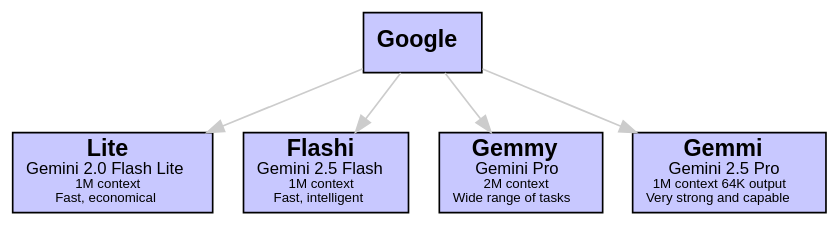
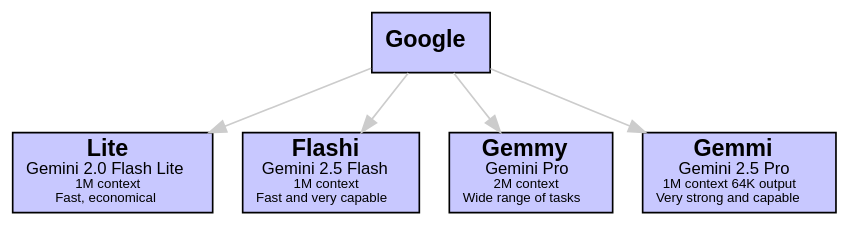
Before and after one commit to sswam/allemande: the seventh of 12 diagrams in doc/guide.md, drawn with Graphviz. The commit also changed other lines of this file and 10 other files, not shown here.

````diff
--- a/doc/guide.md
+++ b/doc/guide.md
@@ -391,18 +393,18 @@
 ```dot
 digraph Google {
     graph [bgcolor=transparent]
     edge [color="#CCCCCC"]
     node [shape=box, style=filled, fillcolor="#C8C8FF", fontname="Helvetica"]
 
     "Google" [label=<<b>Google</b>>]
     "Lite" [label=<<b>Lite</b><br/><font point-size="10">Gemini 2.0 Flash Lite</font><br/><font point-size="8">1M context</font><br/><font point-size="8">Fast, economical</font>>]
-    "Flashi" [label=<<b>Flashi</b><br/><font point-size="10">Gemini 2.5 Flash</font><br/><font point-size="8">1M context</font><br/><font point-size="8">Fast, intelligent</font>>]
+    "Flashi" [label=<<b>Flashi</b><br/><font point-size="10">Gemini 2.5 Flash</font><br/><font point-size="8">1M context</font><br/><font point-size="8">Fast and very capable</font>>]
     "Gemmy" [label=<<b>Gemmy</b><br/><font point-size="10">Gemini Pro</font><br/><font point-size="8">2M context</font><br/><font point-size="8">Wide range of tasks</font>>]
     "Gemmi" [label=<<b>Gemmi</b><br/><font point-size="10">Gemini 2.5 Pro</font><br/><font point-size="8">1M context 64K output</font><br/><font point-size="8">Very strong and capable</font>>]
 
     "Google" -> "Lite"
     "Google" -> "Flashi"
     "Google" -> "Gemmy"
     "Google" -> "Gemmi"
 }
 ```
````
